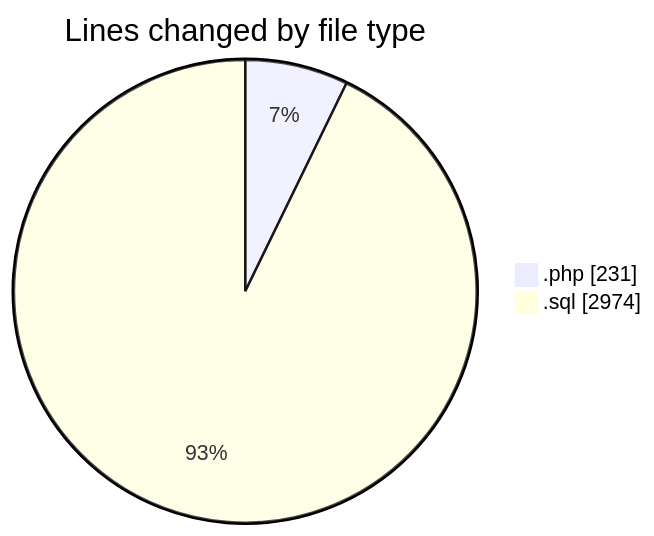
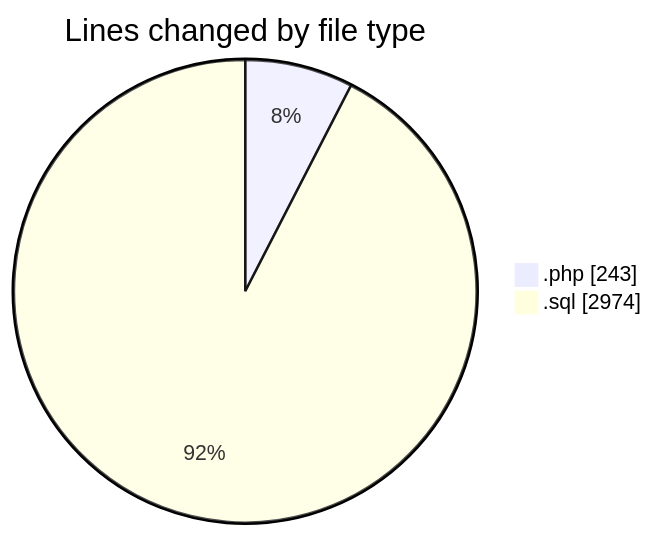
Before and after one commit to LanceThiago/code-tracking: the first of 2 diagrams in 2026-02-06/enviar_facturas/README.md, drawn with Mermaid. The commit also changed other lines of this file and 1 other file, not shown here.

````diff
--- a/2026-02-06/enviar_facturas/README.md
+++ b/2026-02-06/enviar_facturas/README.md
@@ -21,6 +21,6 @@
 ```mermaid
 pie showData
 title Lines changed by file type
-".php" : 231
+".php" : 243
 ".sql" : 2974
 ```
````
